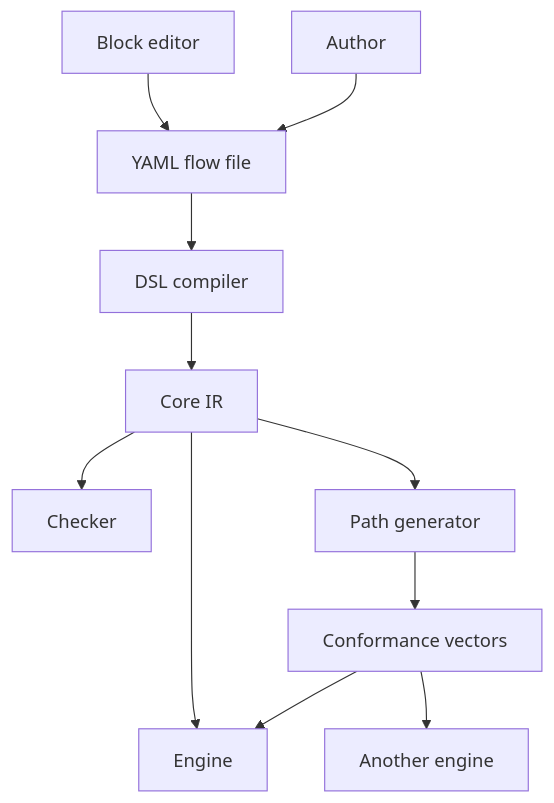
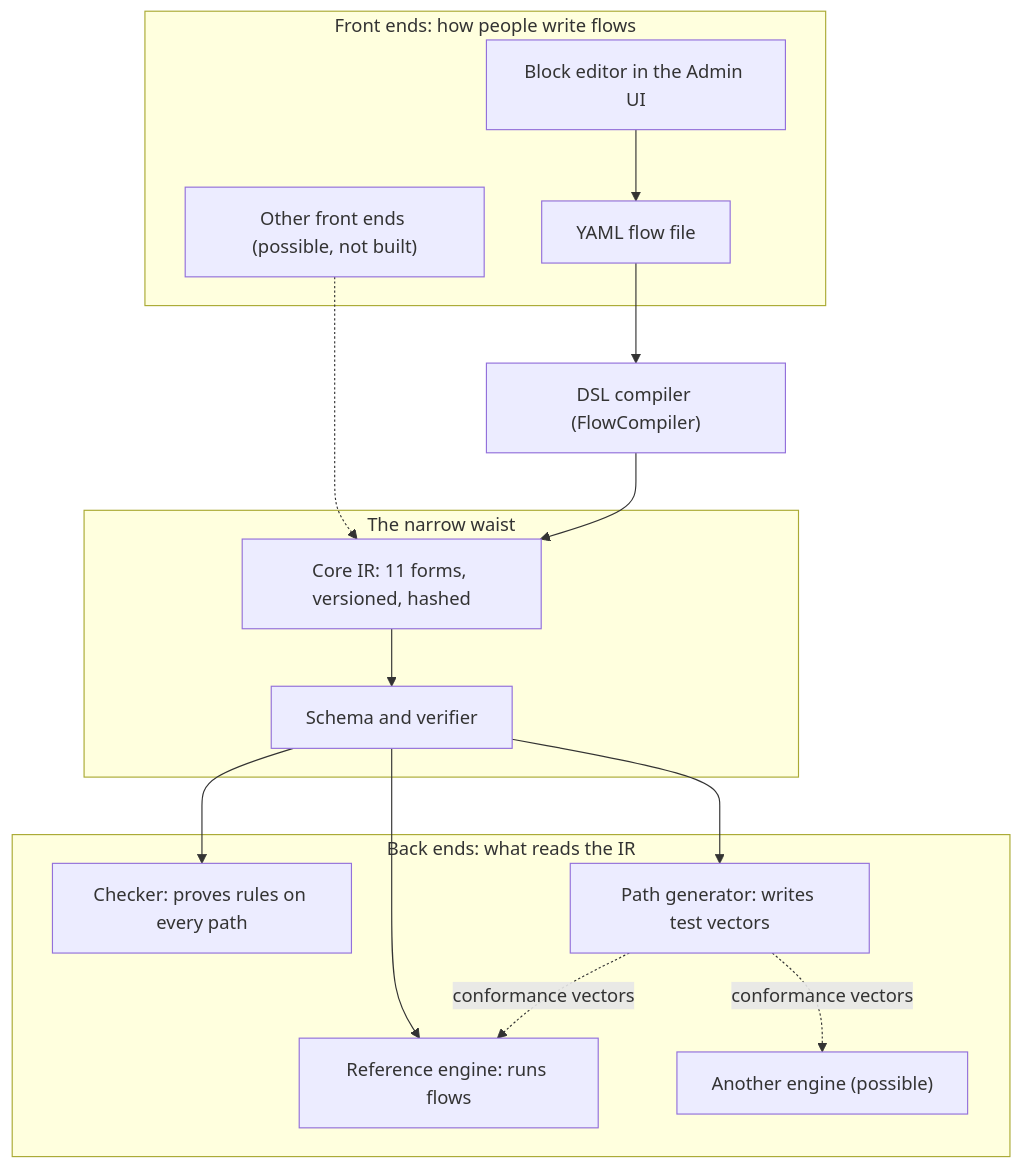
The diagram in docs/understand/ir-design.md (jwuxan/faye), drawn with Mermaid before and after one commit. The commit also changed other lines of this file and 22 other files, not shown here.

````diff
--- a/docs/understand/ir-design.md
+++ b/docs/understand/ir-design.md
@@ -26,13 +32,29 @@
 ```mermaid
 flowchart TB
-  editor["Block editor"] --> yaml["YAML flow file"]
-  author["Author"] --> yaml
-  yaml --> compiler["DSL compiler"]
-  compiler --> ir["Core IR"]
-  ir --> checker["Checker"]
-  ir --> engine["Engine"]
-  ir --> generator["Path generator"]
-  generator --> vectors["Conformance vectors"]
-  vectors --> engine
-  vectors --> other["Another engine"]
+  subgraph front["Front ends: how people write flows"]
+    yaml["YAML flow file"]
+    blocks["Block editor in the Admin UI"]
+    future["Other front ends (possible, not built)"]
+  end
+  compiler["DSL compiler (FlowCompiler)"]
+  subgraph waist["The narrow waist"]
+    ir["Core IR: 11 forms, versioned, hashed"]
+    verify["Schema and verifier"]
+  end
+  subgraph back["Back ends: what reads the IR"]
+    checker["Checker: proves rules on every path"]
+    engine["Reference engine: runs flows"]
+    gen["Path generator: writes test vectors"]
+    other["Another engine (possible)"]
+  end
+  blocks --> yaml
+  yaml --> compiler
+  future -.-> ir
+  compiler --> ir
+  ir --> verify
+  verify --> checker
+  verify --> engine
+  verify --> gen
+  gen -. "conformance vectors" .-> other
+  gen -. "conformance vectors" .-> engine
 ```
````
